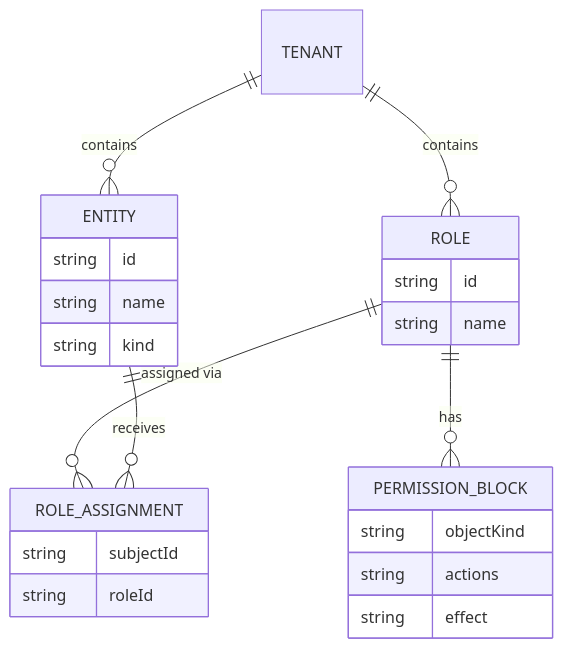
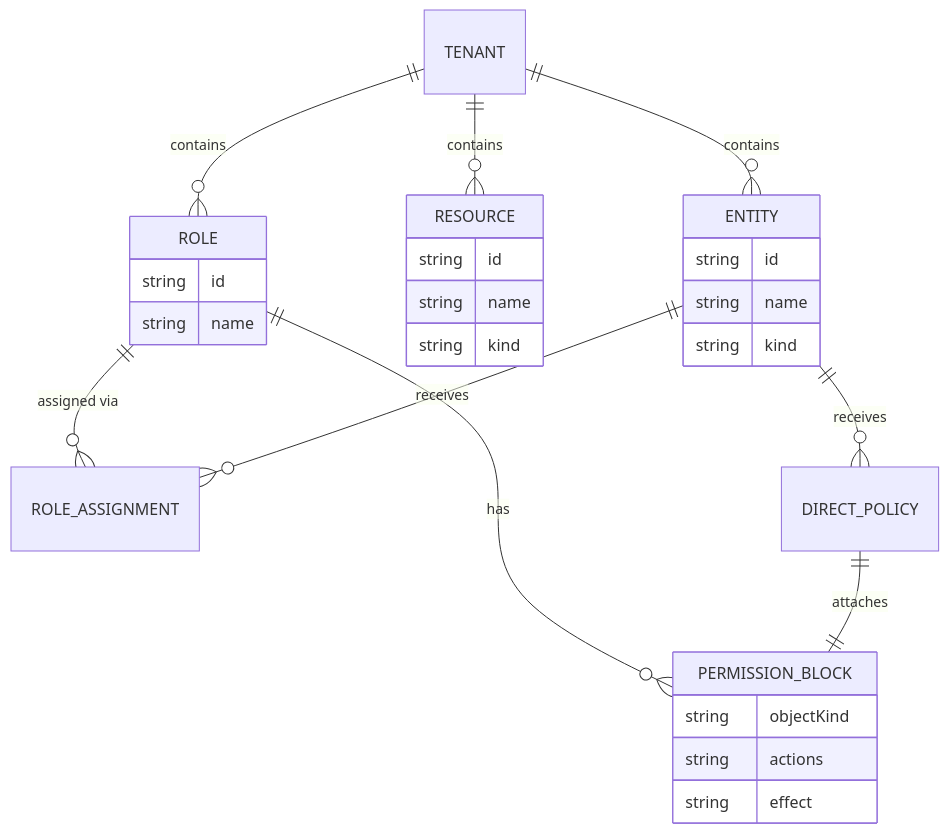
One commit to absmach/website changed the second of 2 diagrams in src/content/blogs/getting-started-with-atom.md. Above: the diagram before and after it, drawn with Mermaid. The commit also changed other lines of this file and 69 other files, not shown here.

````diff
--- a/src/content/blogs/getting-started-with-atom.md
+++ b/src/content/blogs/getting-started-with-atom.md
@@ -114,26 +49,30 @@
 ```mermaid
 erDiagram
     TENANT ||--o{ ENTITY : "contains"
+    TENANT ||--o{ RESOURCE : "contains"
     TENANT ||--o{ ROLE : "contains"
     ROLE ||--o{ PERMISSION_BLOCK : "has"
     ROLE ||--o{ ROLE_ASSIGNMENT : "assigned via"
     ENTITY ||--o{ ROLE_ASSIGNMENT : "receives"
+    ENTITY ||--o{ DIRECT_POLICY : "receives"
+    DIRECT_POLICY ||--|| PERMISSION_BLOCK : "attaches"
     ENTITY {
+        string id
+        string name
+        string kind
+    }
+    RESOURCE {
         string id
         string name
         string kind
     }
     ROLE {
         string id
         string name
     }
     PERMISSION_BLOCK {
         string objectKind
         string actions
         string effect
     }
-    ROLE_ASSIGNMENT {
-        string subjectId
-        string roleId
-    }
 ```
````
